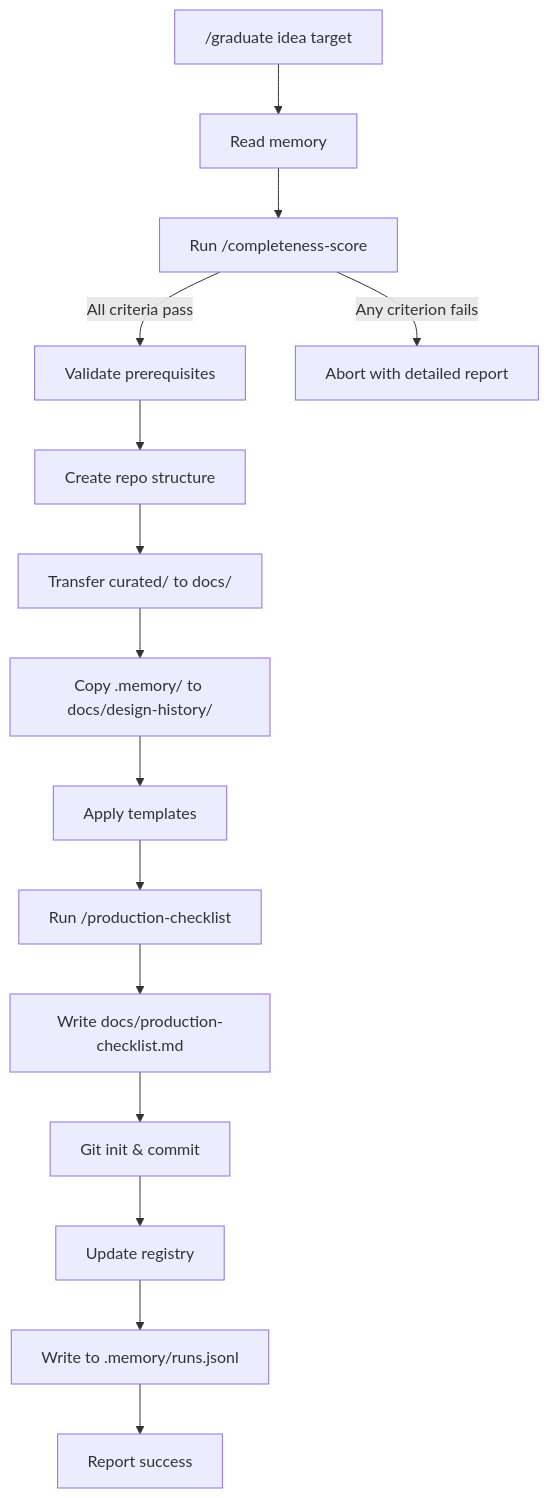
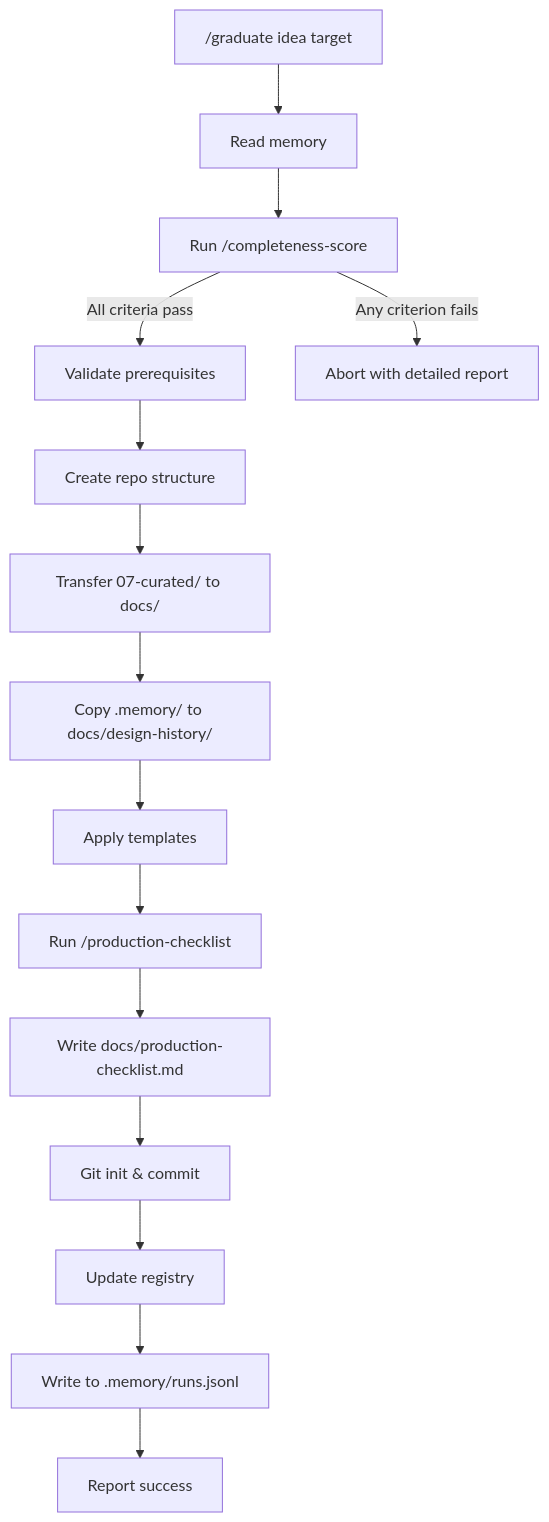
One commit to shakilbd009/ai-refinery changed the diagram in .claude/skills/graduate.md. Above: the diagram before and after it, drawn with Mermaid. The commit also changed other lines of this file and 204 other files, not shown here.

````diff
--- a/.claude/skills/graduate.md
+++ b/.claude/skills/graduate.md
@@ -274,17 +274,17 @@
 ```mermaid
 graph TD
     A["/graduate idea target"] --> A1["Read memory"]
     A1 --> B["Run /completeness-score"]
     B -->|All criteria pass| C["Validate prerequisites"]
     B -->|Any criterion fails| D["Abort with detailed report"]
     C --> E["Create repo structure"]
-    E --> F["Transfer curated/ to docs/"]
+    E --> F["Transfer 07-curated/ to docs/"]
     F --> F1["Copy .memory/ to docs/design-history/"]
     F1 --> G["Apply templates"]
     G --> H["Run /production-checklist"]
     H --> I["Write docs/production-checklist.md"]
     I --> J["Git init & commit"]
     J --> K["Update registry"]
     K --> K1["Write to .memory/runs.jsonl"]
     K1 --> L["Report success"]
 ```
````
